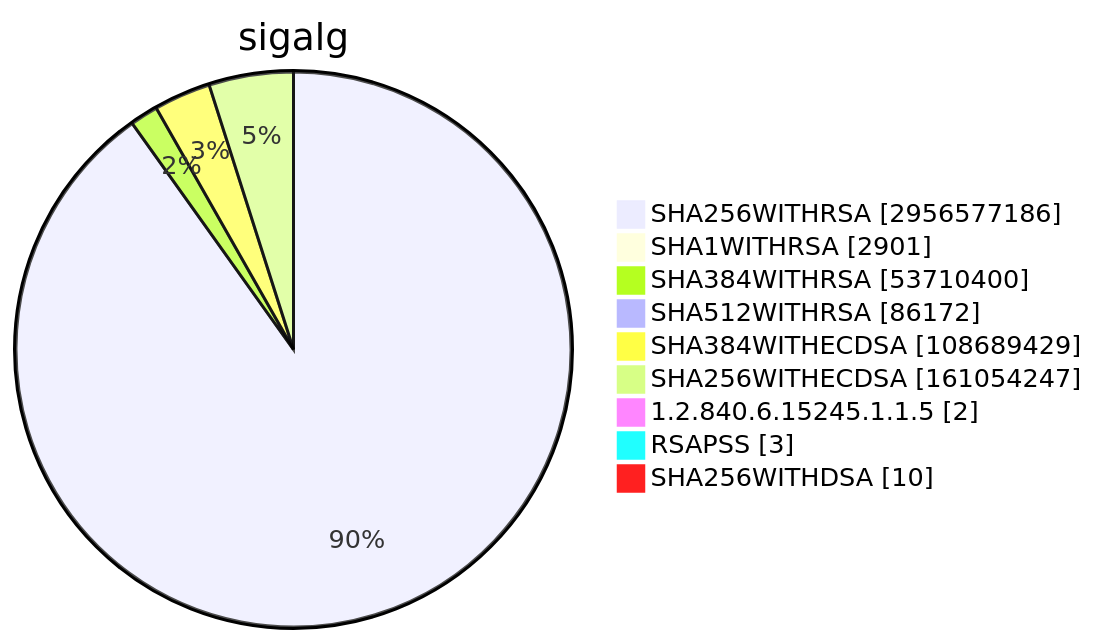
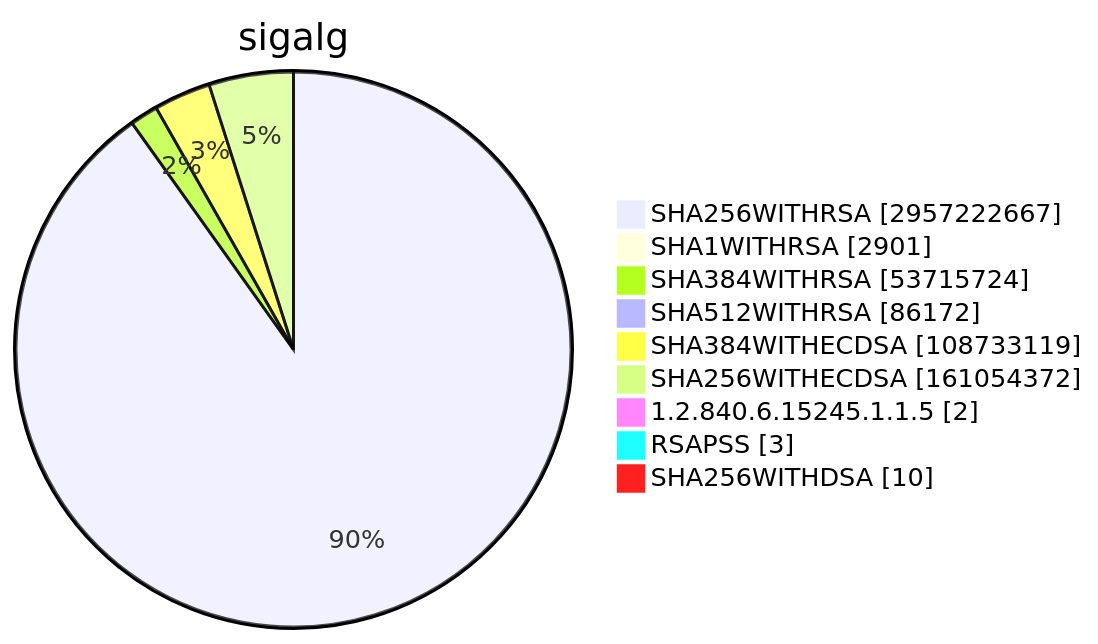
One commit to christiankrug/ctmonitor_visualization changed diagram 15 of 15 in TOTAL/README.md. Above: the diagram before and after it, drawn with Mermaid. The commit also changed other lines of this file, not shown here.

````diff
--- a/TOTAL/README.md
+++ b/TOTAL/README.md
@@ -6207,13 +6207,13 @@
 ```mermaid
 pie showData
 title sigalg
-"SHA256WITHRSA" :2956577186
+"SHA256WITHRSA" :2957222667
 "SHA1WITHRSA" :2901
-"SHA384WITHRSA" :53710400
+"SHA384WITHRSA" :53715724
 "SHA512WITHRSA" :86172
-"SHA384WITHECDSA" :108689429
-"SHA256WITHECDSA" :161054247
+"SHA384WITHECDSA" :108733119
+"SHA256WITHECDSA" :161054372
 "1.2.840.6.15245.1.1.5" :2
 "RSAPSS" :3
 "SHA256WITHDSA" :10
 ```
````
